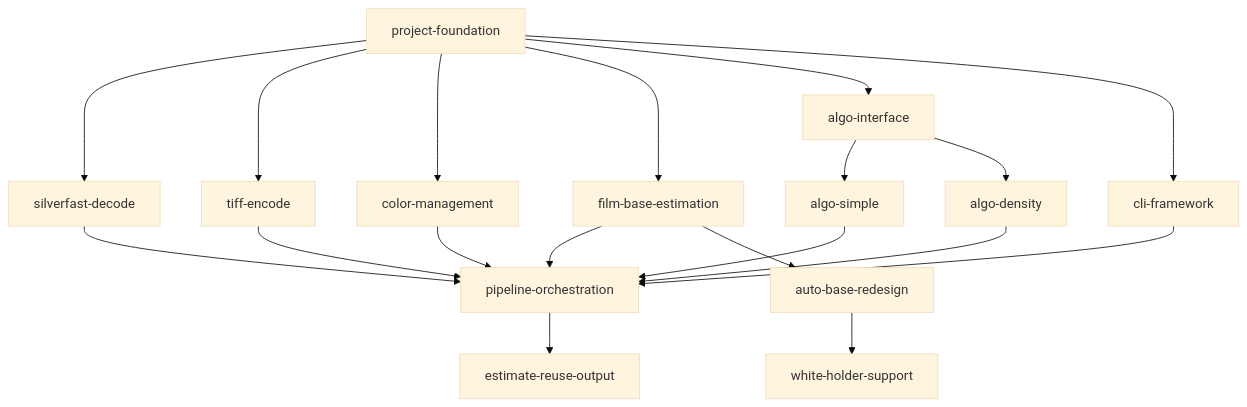
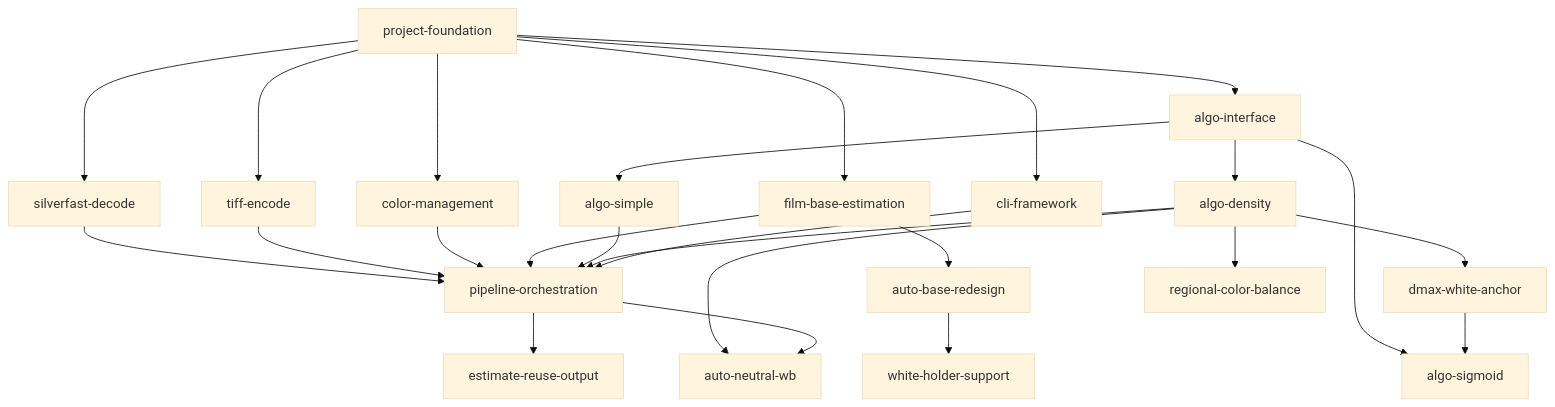
The diagram in docs/TASKS.md (lix42/negative-converter), drawn with Mermaid (base theme) before and after one commit. The commit also changed other lines of this file and 5 other files, not shown here.

````diff
--- a/docs/TASKS.md
+++ b/docs/TASKS.md
@@ -43,21 +43,27 @@
 ```mermaid
 graph TD
   project-foundation --> silverfast-decode
   project-foundation --> tiff-encode
   project-foundation --> color-management
   project-foundation --> film-base-estimation
   project-foundation --> algo-interface
   project-foundation --> cli-framework
   algo-interface --> algo-simple
   algo-interface --> algo-density
   silverfast-decode --> pipeline-orchestration
   tiff-encode --> pipeline-orchestration
   color-management --> pipeline-orchestration
   film-base-estimation --> pipeline-orchestration
   algo-simple --> pipeline-orchestration
   algo-density --> pipeline-orchestration
   cli-framework --> pipeline-orchestration
   film-base-estimation --> auto-base-redesign
   auto-base-redesign --> white-holder-support
   pipeline-orchestration --> estimate-reuse-output
+  algo-density --> dmax-white-anchor
+  algo-interface --> algo-sigmoid
+  dmax-white-anchor --> algo-sigmoid
+  algo-density --> auto-neutral-wb
+  pipeline-orchestration --> auto-neutral-wb
+  algo-density --> regional-color-balance
 ```
````
